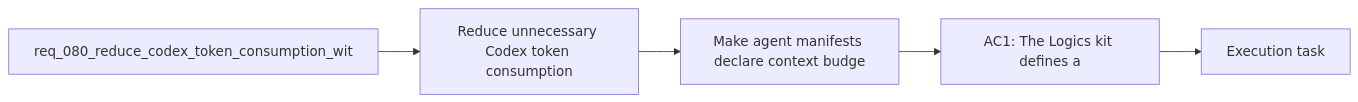
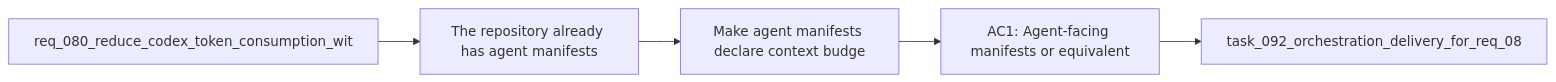
One commit to AlexAgo83/logics-manager changed the diagram in logics/backlog/item_105_make_agent_manifests_declare_context_budgets_and_allowed_doc_families.md. Above: the diagram before and after it, drawn with Mermaid. The commit also changed 481 other files, not shown here.

````diff
--- a/logics/backlog/item_105_make_agent_manifests_declare_context_budgets_and_allowed_doc_families.md
+++ b/logics/backlog/item_105_make_agent_manifests_declare_context_budgets_and_allowed_doc_families.md
@@ -28,9 +28,9 @@
 ```mermaid
 %% logics-kind: backlog
 %% logics-signature: backlog|make-agent-manifests-declare-context-bud|req-080-reduce-codex-token-consumption-w|the-repository-already-has-agent-manifes|ac1-agent-facing-manifests-or-equivalent
 flowchart LR
-    Request[req_080_reduce_codex_token_consumption_wit] --> Problem[Reduce unnecessary Codex token consumption]
+    Request[req_080_reduce_codex_token_consumption_wit] --> Problem[The repository already has agent manifests]
     Problem --> Scope[Make agent manifests declare context budge]
-    Scope --> Acceptance[AC1: The Logics kit defines a]
-    Acceptance --> Tasks[Execution task]
+    Scope --> Acceptance[AC1: Agent-facing manifests or equivalent]
+    Acceptance --> Tasks[task_092_orchestration_delivery_for_req_08]
 ```
````
